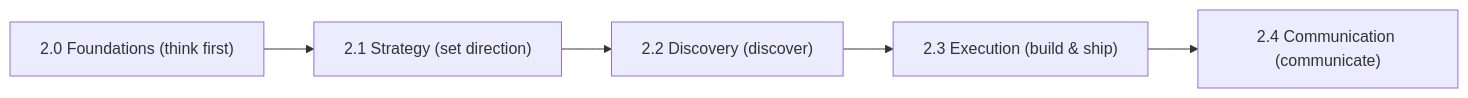
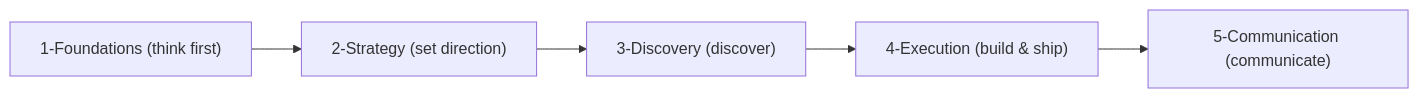
One commit to andreaskelm/pm-brain changed the fifth of 9 diagrams in docs/architecture.md. Above: the diagram before and after it, drawn with Mermaid. The commit also changed other lines of this file and 644 other files, not shown here.

````diff
--- a/docs/architecture.md
+++ b/docs/architecture.md
@@ -220,10 +219,10 @@
 ```mermaid
 flowchart LR
-  F2_0["2.0 Foundations (think first)"]
-  F2_1["2.1 Strategy (set direction)"]
-  F2_2["2.2 Discovery (discover)"]
-  F2_3["2.3 Execution (build & ship)"]
-  F2_4["2.4 Communication (communicate)"]
+  F1["1-Foundations (think first)"]
+  F2["2-Strategy (set direction)"]
+  F3["3-Discovery (discover)"]
+  F4["4-Execution (build & ship)"]
+  F5["5-Communication (communicate)"]
 
-  F2_0 --> F2_1 --> F2_2 --> F2_3 --> F2_4
+  F1 --> F2 --> F3 --> F4 --> F5
 ```
````
